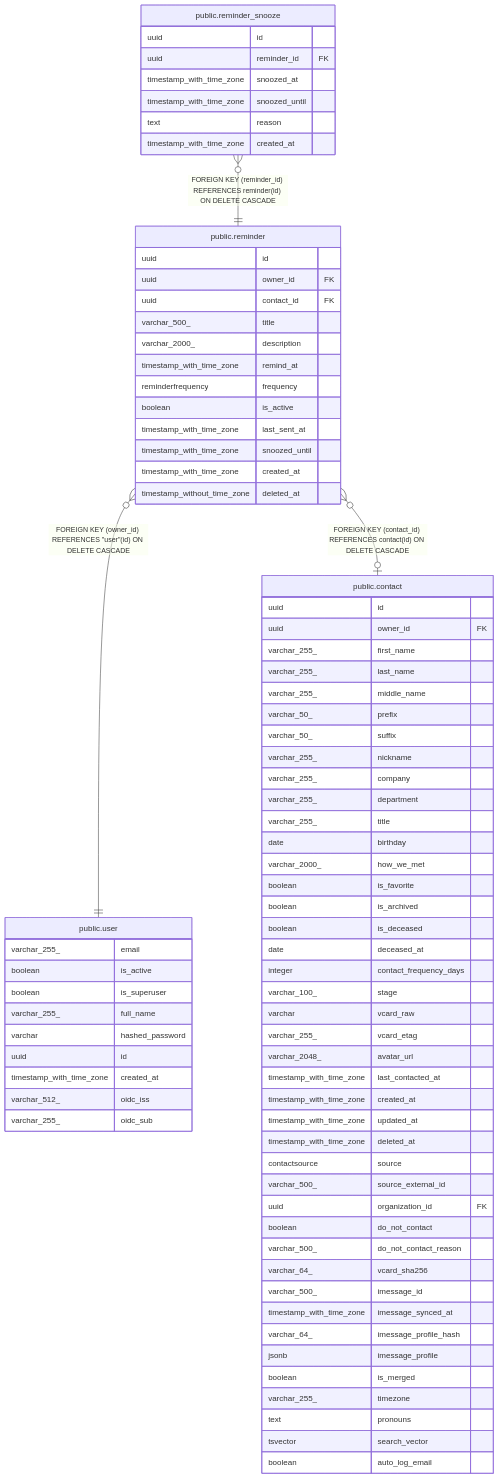
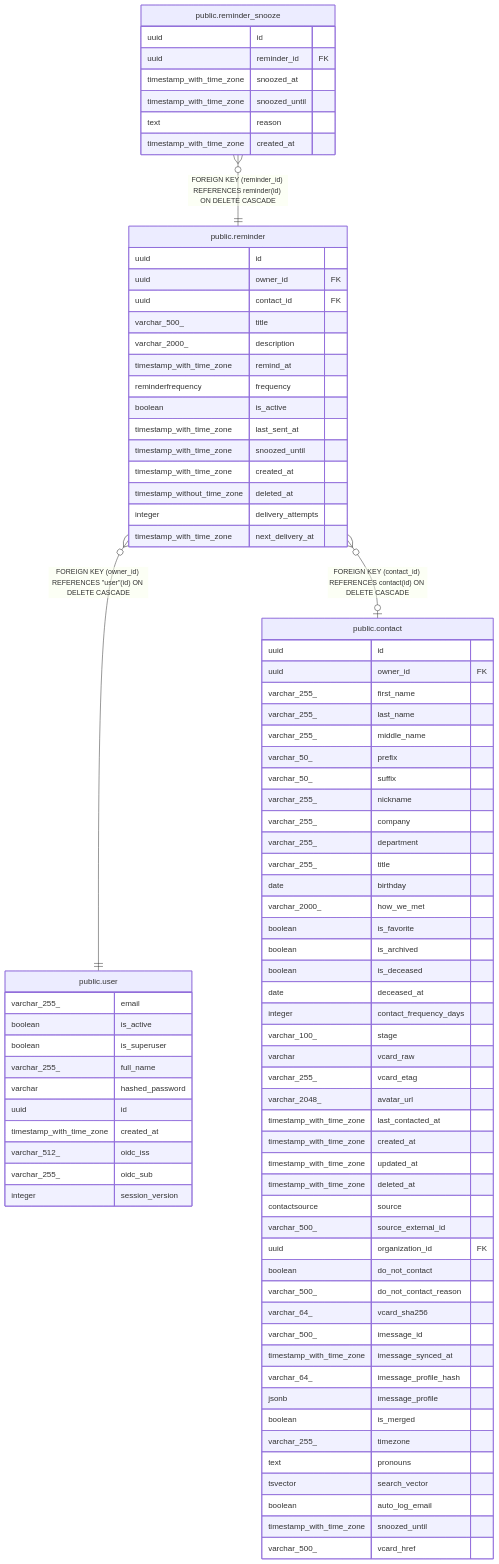
One commit to pike00/Kindred changed the diagram in docs/db/public.reminder.md. Above: the diagram before and after it, drawn with Mermaid. The commit also changed other lines of this file and 39 other files, not shown here.

Commit message:
docs: refresh database schema reference

````diff
--- a/docs/db/public.reminder.md
+++ b/docs/db/public.reminder.md
@@ -69,6 +72,8 @@
   timestamp_with_time_zone snoozed_until
   timestamp_with_time_zone created_at
   timestamp_without_time_zone deleted_at
+  integer delivery_attempts
+  timestamp_with_time_zone next_delivery_at
 }
 "public.reminder_snooze" {
   uuid id
@@ -88,6 +93,7 @@
   timestamp_with_time_zone created_at
   varchar_512_ oidc_iss
   varchar_255_ oidc_sub
+  integer session_version
 }
 "public.contact" {
   uuid id
@@ -131,5 +137,7 @@
   text pronouns
   tsvector search_vector
   boolean auto_log_email
+  timestamp_with_time_zone snoozed_until
+  varchar_500_ vcard_href
 }
 ```
````
